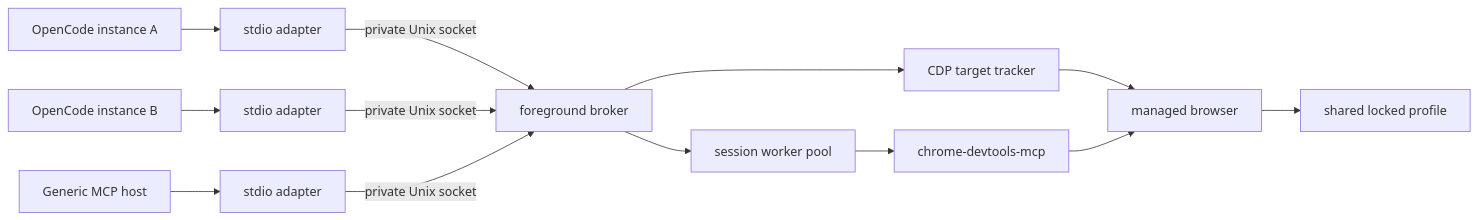
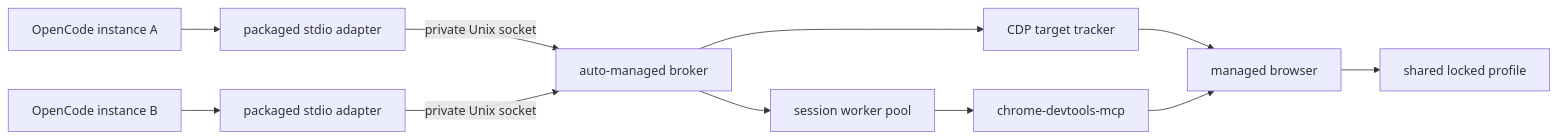
Before and after one commit to mirsella/browser-mcp: the diagram in README.md, drawn with Mermaid. The commit also changed other lines of this file and 13 other files, not shown here.

Commit message:
fix: auto-manage the shared browser broker

````diff
--- a/README.md
+++ b/README.md
@@ -250,15 +82,13 @@
 ```mermaid
 flowchart LR
-    O1[OpenCode instance A] --> A1[stdio adapter]
-    O2[OpenCode instance B] --> A2[stdio adapter]
-    G[Generic MCP host] --> A3[stdio adapter]
-    A1 -->|private Unix socket| R[foreground broker]
+    O1[OpenCode instance A] --> A1[packaged stdio adapter]
+    O2[OpenCode instance B] --> A2[packaged stdio adapter]
+    A1 -->|private Unix socket| R[auto-managed broker]
     A2 -->|private Unix socket| R
-    A3 -->|private Unix socket| R
     R --> T[CDP target tracker]
     R --> W[session worker pool]
     W --> C[chrome-devtools-mcp]
     T --> B[managed browser]
     C --> B
     B --> P[shared locked profile]
 ```
````
